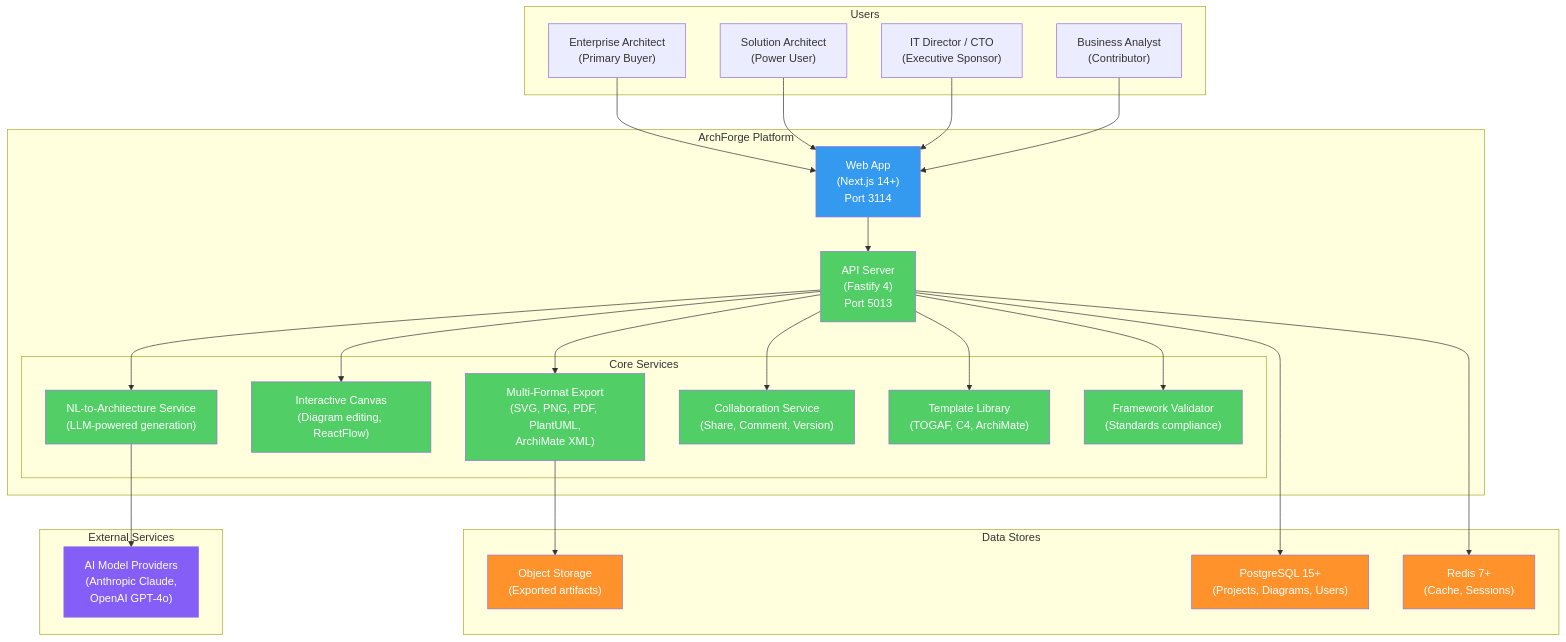
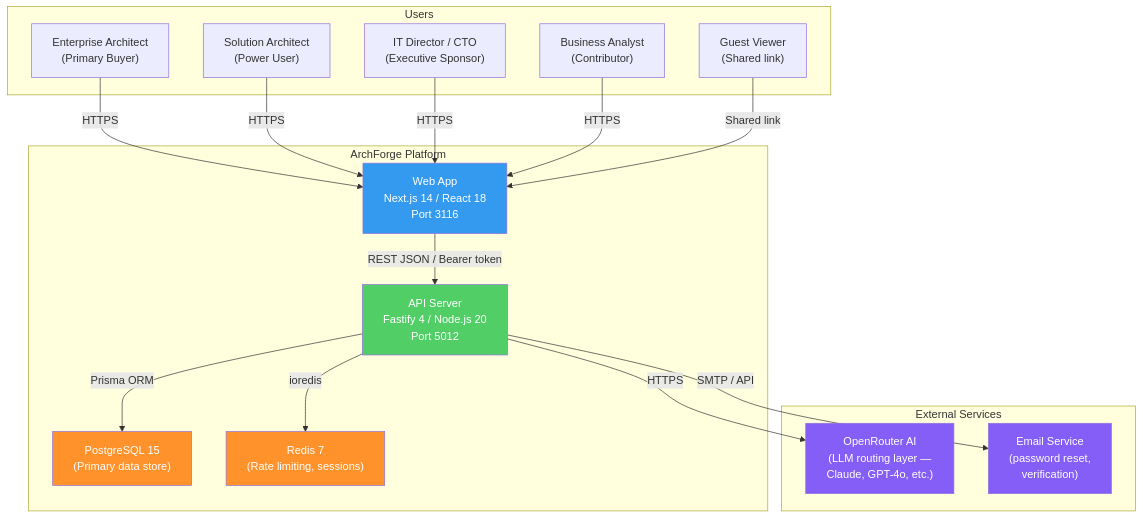
The first of 3 diagrams in products/archforge/README.md (Tamoura/Claude-Code-creates-the-SW-company), drawn with Mermaid before and after one commit. The commit also changed other lines of this file and 2 other files, not shown here.

````diff
--- a/products/archforge/README.md
+++ b/products/archforge/README.md
@@ -15,50 +35,40 @@
 ```mermaid
 graph TD
     subgraph "Users"
         EA["Enterprise Architect<br/>(Primary Buyer)"]
         SA["Solution Architect<br/>(Power User)"]
         CTO["IT Director / CTO<br/>(Executive Sponsor)"]
         BA["Business Analyst<br/>(Contributor)"]
+        GUEST["Guest Viewer<br/>(Shared link)"]
     end
 
     subgraph "ArchForge Platform"
-        WEB["Web App<br/>(Next.js 14+)<br/>Port 3114"]
-        API["API Server<br/>(Fastify 4)<br/>Port 5013"]
-
-        subgraph "Core Services"
-            NLP["NL-to-Architecture Service<br/>(LLM-powered generation)"]
-            CANVAS["Interactive Canvas<br/>(Diagram editing, ReactFlow)"]
-            EXPORT["Multi-Format Export<br/>(SVG, PNG, PDF, PlantUML,<br/>ArchiMate XML)"]
-            COLLAB["Collaboration Service<br/>(Share, Comment, Version)"]
-            TEMPLATE["Template Library<br/>(TOGAF, C4, ArchiMate)"]
-            VALIDATE["Framework Validator<br/>(Standards compliance)"]
-        end
-    end
-
-    subgraph "Data Stores"
-        PG["PostgreSQL 15+<br/>(Projects, Diagrams, Users)"]
-        REDIS["Redis 7+<br/>(Cache, Sessions)"]
-        S3["Object Storage<br/>(Exported artifacts)"]
+        WEB["Web App<br/>Next.js 14 / React 18<br/>Port 3116"]
+        API["API Server<br/>Fastify 4 / Node.js 20<br/>Port 5012"]
+        DB["PostgreSQL 15<br/>(Primary data store)"]
+        REDIS["Redis 7<br/>(Rate limiting, sessions)"]
     end
 
     subgraph "External Services"
-        AI["AI Model Providers<br/>(Anthropic Claude,<br/>OpenAI GPT-4o)"]
+        OPENROUTER["OpenRouter AI<br/>(LLM routing layer —<br/>Claude, GPT-4o, etc.)"]
+        EMAIL["Email Service<br/>(password reset,<br/>verification)"]
     end
 
-    EA & SA & CTO & BA --> WEB
-    WEB --> API
-    API --> NLP & CANVAS & EXPORT & COLLAB & TEMPLATE & VALIDATE
-    NLP --> AI
-    API --> PG & REDIS
-    EXPORT --> S3
+    EA & SA & CTO & BA -->|HTTPS| WEB
+    GUEST -->|Shared link| WEB
+    WEB -->|REST JSON / Bearer token| API
+    API -->|Prisma ORM| DB
+    API -->|ioredis| REDIS
+    API -->|HTTPS| OPENROUTER
+    API -->|SMTP / API| EMAIL
 
     classDef frontend fill:#339af0,color:#fff
     classDef backend fill:#51cf66,color:#fff
     classDef data fill:#ff922b,color:#fff
     classDef external fill:#845ef7,color:#fff
 
     class WEB frontend
-    class API,NLP,CANVAS,EXPORT,COLLAB,TEMPLATE,VALIDATE backend
-    class PG,REDIS,S3 data
-    class AI external
+    class API backend
+    class DB,REDIS data
+    class OPENROUTER,EMAIL external
 ```
````
